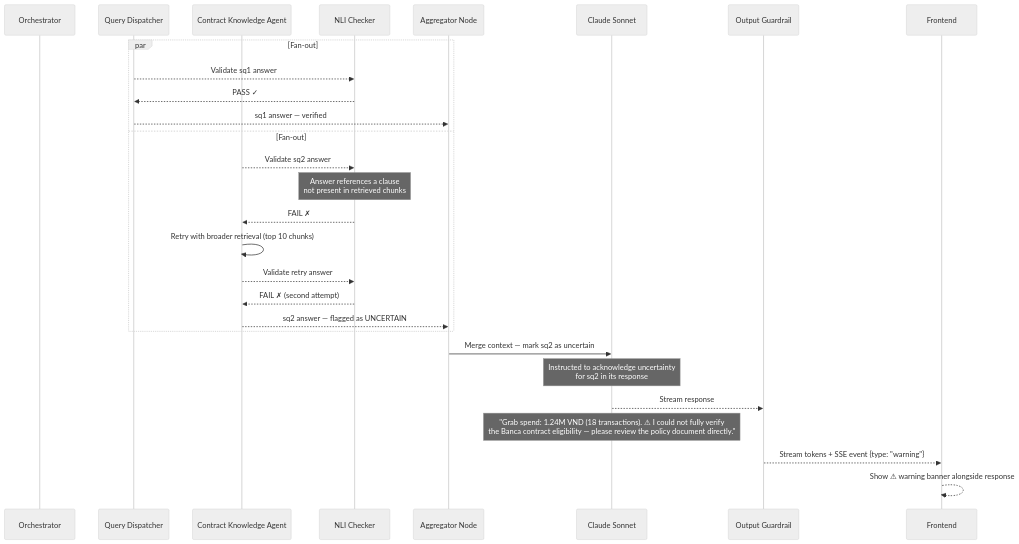
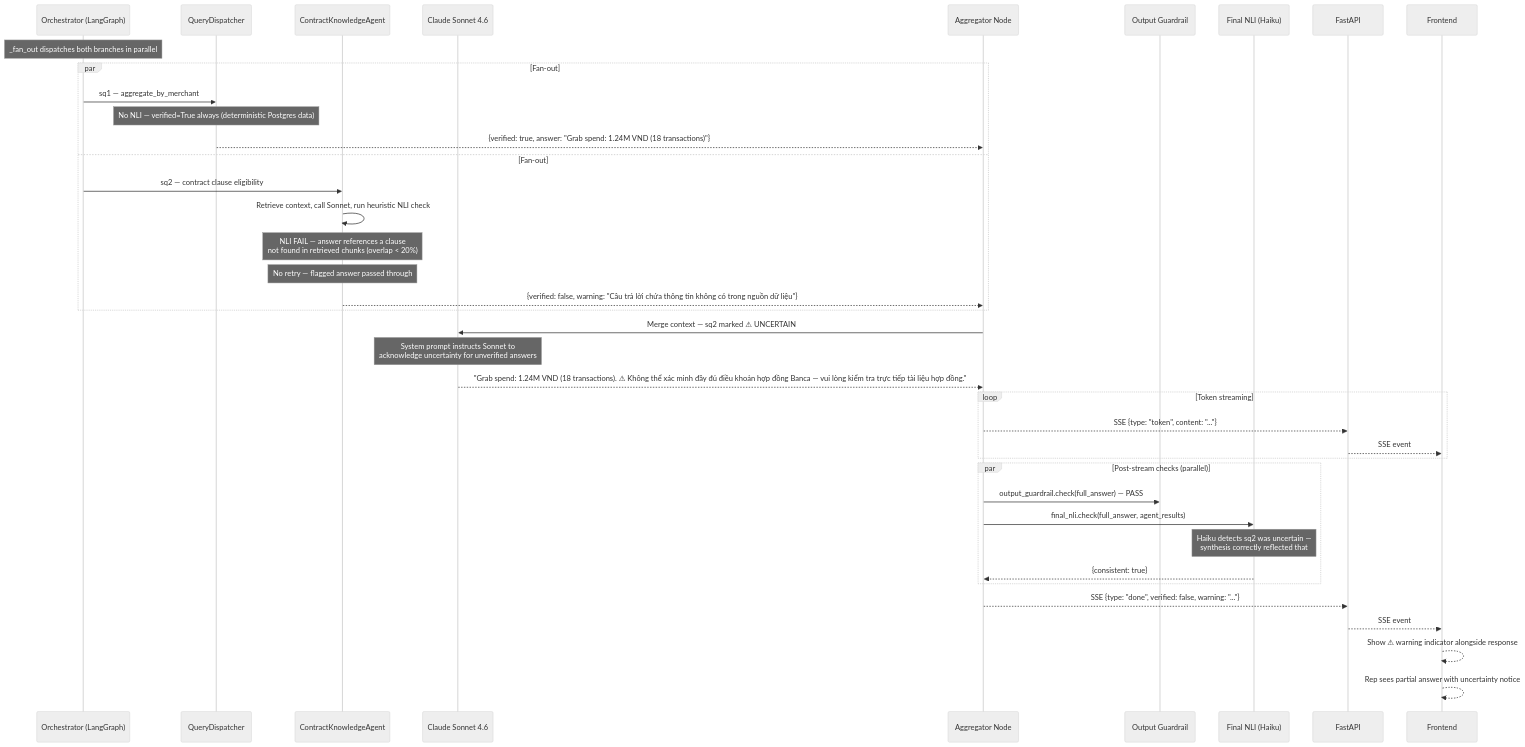
The fourth of 5 diagrams in sequence.md (sonnylai/AI-FrontLine-Agent), drawn with Mermaid (neutral theme) before and after one commit. The commit also changed other lines of this file, not shown here.

First line of the commit message:
docs: rewrite all 5 sequence diagrams to match actual code

````diff
--- a/sequence.md
+++ b/sequence.md
@@ -192,35 +204,49 @@
 ```mermaid
 sequenceDiagram
-    participant Orch as Orchestrator
-    participant QD as Query Dispatcher
-    participant CKA as Contract Knowledge Agent
-    participant NLI as NLI Checker
+    participant Orch as Orchestrator (LangGraph)
+    participant QD as QueryDispatcher
+    participant CKA as ContractKnowledgeAgent
+    participant CS as Claude Sonnet 4.6
     participant AGG as Aggregator Node
-    participant CS as Claude Sonnet
     participant OG as Output Guardrail
+    participant FN as Final NLI (Haiku)
+    participant API as FastAPI
     participant FE as Frontend
 
+    Note over Orch: _fan_out dispatches both branches in parallel
+
     par Fan-out
-        QD-->>NLI: Validate sq1 answer
-        NLI-->>QD: PASS ✓
-        QD-->>AGG: sq1 answer — verified
+        Orch->>QD: sq1 — aggregate_by_merchant
+        Note over QD: No NLI — verified=True always (deterministic Postgres data)
+        QD-->>AGG: {verified: true, answer: "Grab spend: 1.24M VND (18 transactions)"}
 
     and Fan-out
-        CKA-->>NLI: Validate sq2 answer
-        Note over NLI: Answer references a clause<br/>not present in retrieved chunks
-        NLI-->>CKA: FAIL ✗
-        CKA->>CKA: Retry with broader retrieval (top 10 chunks)
-        CKA-->>NLI: Validate retry answer
-        NLI-->>CKA: FAIL ✗ (second attempt)
-        CKA-->>AGG: sq2 answer — flagged as UNCERTAIN
+        Orch->>CKA: sq2 — contract clause eligibility
+        CKA->>CKA: Retrieve context, call Sonnet, run heuristic NLI check
+        Note over CKA: NLI FAIL — answer references a clause<br/>not found in retrieved chunks (overlap < 20%)
+        Note over CKA: No retry — flagged answer passed through
+        CKA-->>AGG: {verified: false, warning: "Câu trả lời chứa thông tin không có trong nguồn dữ liệu"}
     end
 
-    AGG->>CS: Merge context — mark sq2 as uncertain
-    Note over CS: Instructed to acknowledge uncertainty<br/>for sq2 in its response
+    AGG->>CS: Merge context — sq2 marked ⚠ UNCERTAIN
+    Note over CS: System prompt instructs Sonnet to<br/>acknowledge uncertainty for unverified answers
 
-    CS-->>OG: Stream response
-    Note over CS: "Grab spend: 1.24M VND (18 transactions). ⚠ I could not fully verify<br/>the Banca contract eligibility — please review the policy document directly."
+    CS-->>AGG: "Grab spend: 1.24M VND (18 transactions). ⚠ Không thể xác minh đầy đủ điều khoản hợp đồng Banca — vui lòng kiểm tra trực tiếp tài liệu hợp đồng."
 
-    OG-->>FE: Stream tokens + SSE event {type: "warning"}
-    FE-->>FE: Show ⚠ warning banner alongside response
+    loop Token streaming
+        AGG-->>API: SSE {type: "token", content: "..."}
+        API-->>FE: SSE event
+    end
+
+    par Post-stream checks (parallel)
+        AGG->>OG: output_guardrail.check(full_answer) — PASS
+        AGG->>FN: final_nli.check(full_answer, agent_results)
+        Note over FN: Haiku detects sq2 was uncertain —<br/>synthesis correctly reflected that
+        FN-->>AGG: {consistent: true}
+    end
+
+    AGG-->>API: SSE {type: "done", verified: false, warning: "..."}
+    API-->>FE: SSE event
+    FE-->>FE: Show ⚠ warning indicator alongside response
+    FE-->>FE: Rep sees partial answer with uncertainty notice
 ```
````
